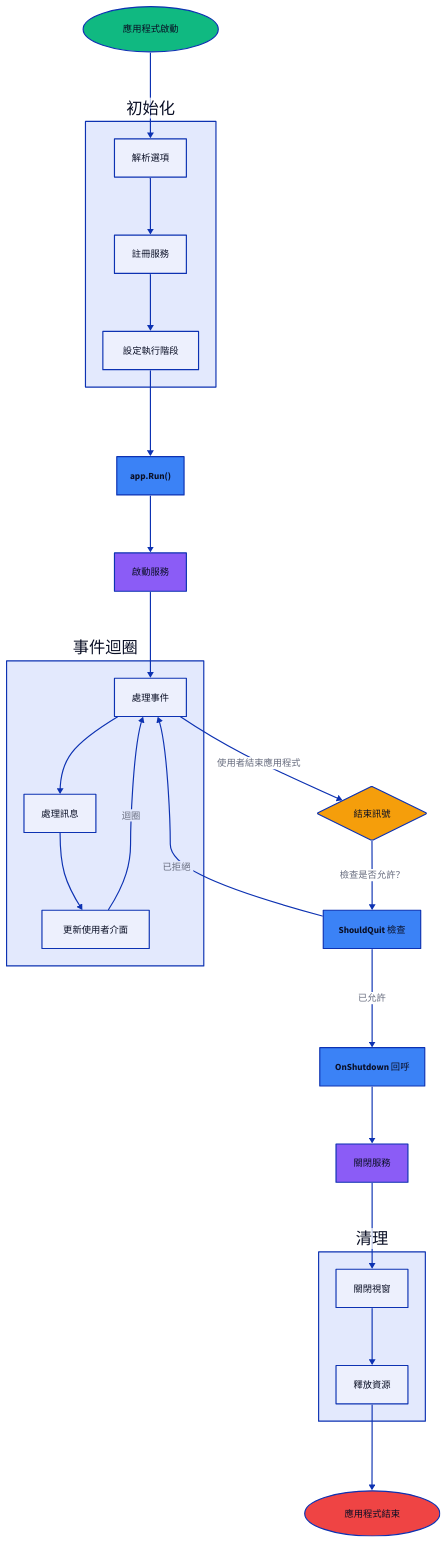
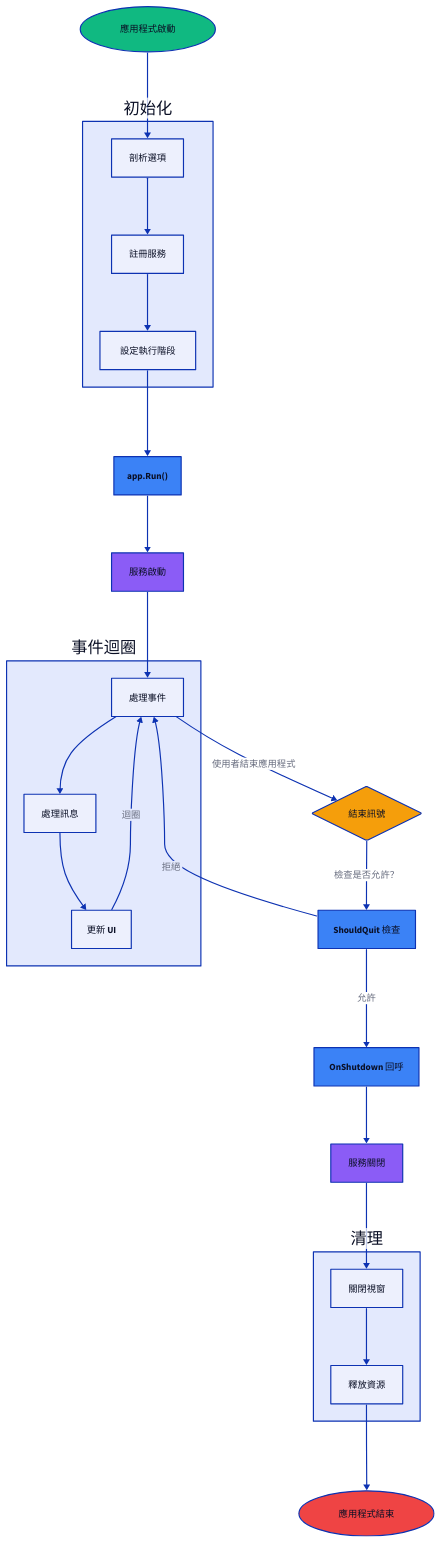
Before and after one commit to wailsapp/wails: the first of 2 diagrams in docs/mpress/content/zh-tw/concepts/lifecycle.md, drawn with D2. The commit also changed other lines of this file and 1096 other files, not shown here.

```diff
--- a/docs/mpress/content/zh-tw/concepts/lifecycle.md
+++ b/docs/mpress/content/zh-tw/concepts/lifecycle.md
@@ -20,7 +20,7 @@
 }
 
 Init: 初始化 {
-  Parse: 解析選項 {
+  Parse: 剖析選項 {
     shape: rectangle
   }
   Register: 註冊服務 {
@@ -36,7 +36,7 @@
   style.fill: "#3B82F6"
 }
 
-ServiceStartup: 啟動服務 {
+ServiceStartup: 服務啟動 {
   shape: rectangle
   style.fill: "#8B5CF6"
 }
@@ -48,7 +48,7 @@
   Handle: 處理訊息 {
     shape: rectangle
   }
-  Update: 更新使用者介面 {
+  Update: 更新 UI {
     shape: rectangle
   }
 }
@@ -68,7 +68,7 @@
   style.fill: "#3B82F6"
 }
 
-ServiceShutdown: 關閉服務 {
+ServiceShutdown: 服務關閉 {
   shape: rectangle
   style.fill: "#8B5CF6"
 }
@@ -98,8 +98,8 @@
 EventLoop.Update -> EventLoop.Process: 迴圈
 EventLoop.Process -> QuitSignal: 使用者結束應用程式
 QuitSignal -> ShouldQuit: 檢查是否允許？
-ShouldQuit -> EventLoop.Process: 已拒絕
-ShouldQuit -> OnShutdown: 已允許
+ShouldQuit -> EventLoop.Process: 拒絕
+ShouldQuit -> OnShutdown: 允許
 OnShutdown -> ServiceShutdown
 ServiceShutdown -> Cleanup.Close
 Cleanup.Close -> Cleanup.Release
```
